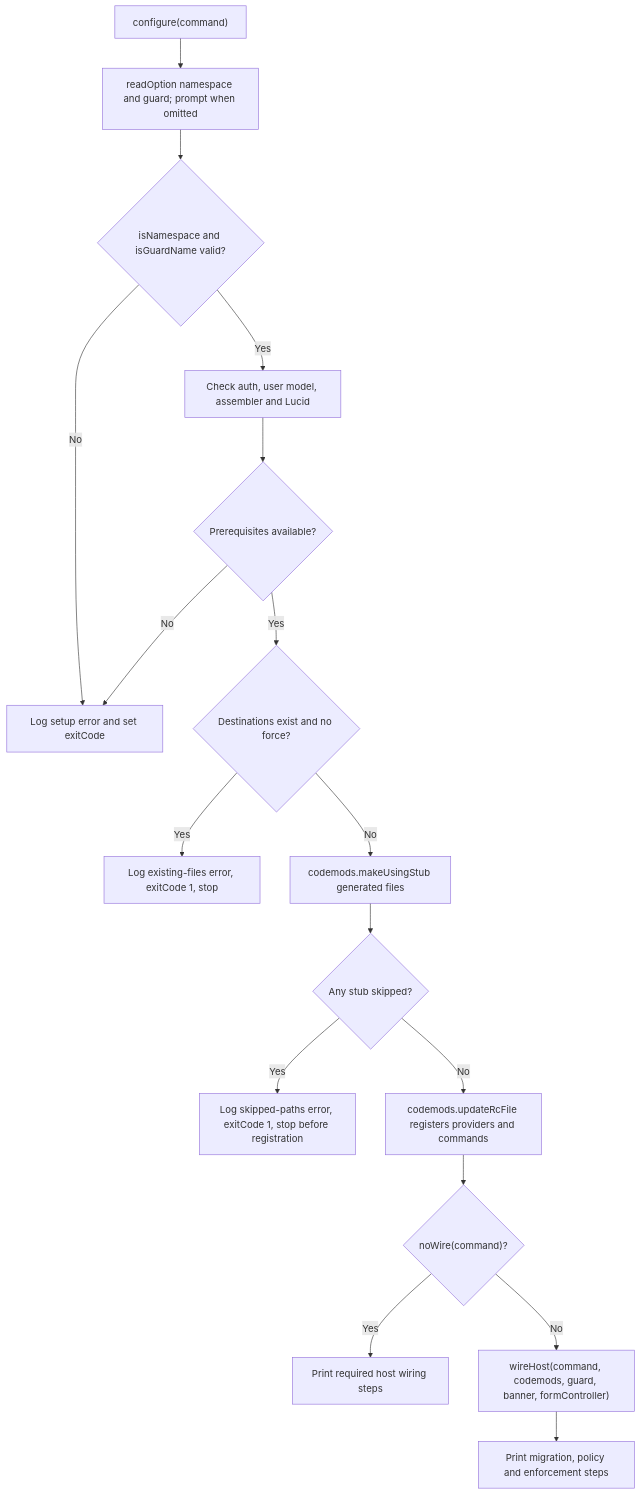
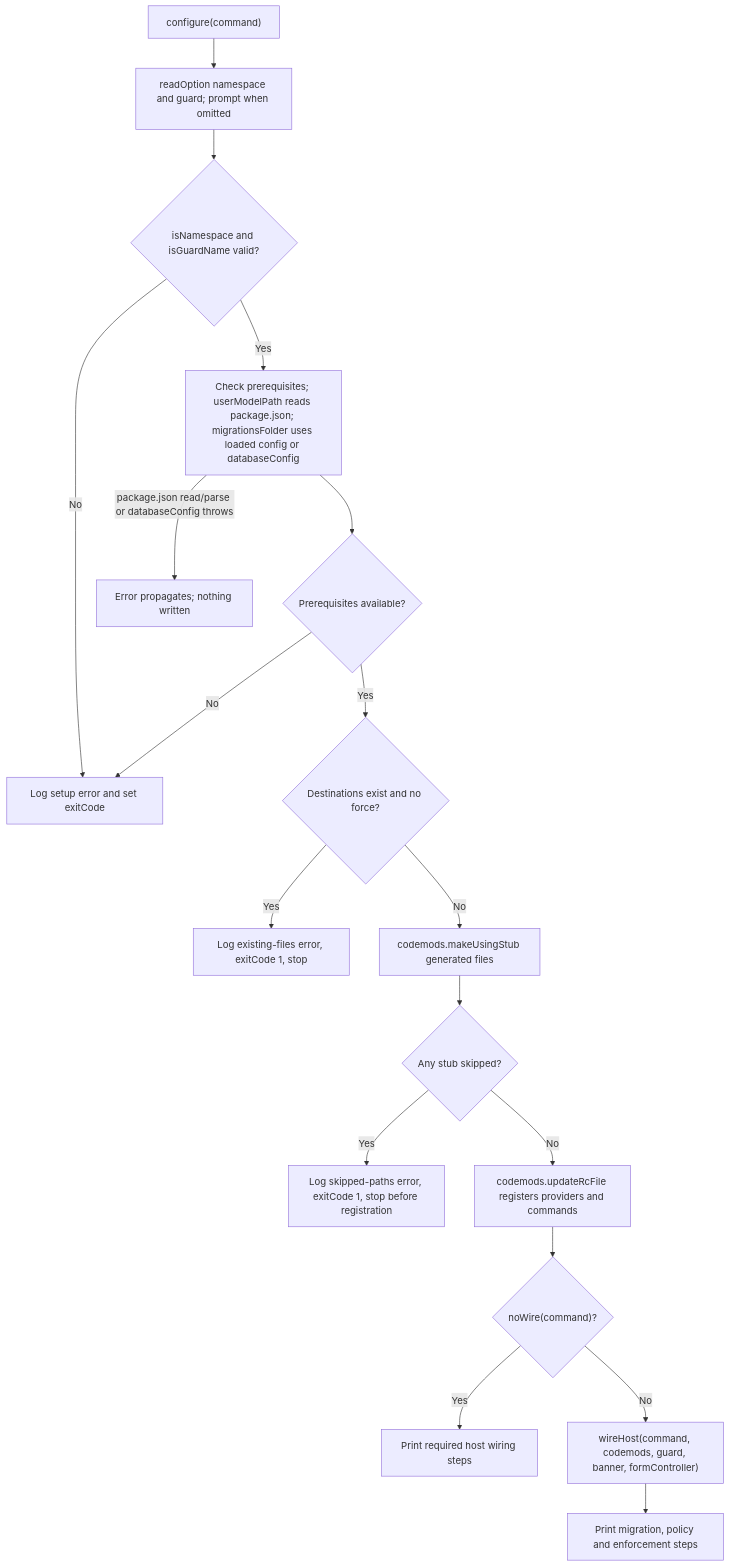
Before and after one commit to Kevinjohn/oss-adonisjs-masquerade: the second of 2 diagrams in user-stories/configure-masquerade/us-setup-01-configure-masquerade.md, drawn with Mermaid. The commit also changed other lines of this file, not shown here.

First line of the commit message:
documentation: record configure's package.json and database config failures

````diff
--- a/user-stories/configure-masquerade/us-setup-01-configure-masquerade.md
+++ b/user-stories/configure-masquerade/us-setup-01-configure-masquerade.md
@@ -48,19 +48,20 @@
 ```mermaid
 flowchart TD
     A["configure(command)"] --> B["readOption namespace and guard; prompt when omitted"]
     B --> N{"isNamespace and isGuardName valid?"}
     N -->|No| E["Log setup error and set exitCode"]
-    N -->|Yes| C["Check auth, user model, assembler and Lucid"]
+    N -->|Yes| C["Check prerequisites; userModelPath reads package.json; migrationsFolder uses loaded config or databaseConfig"]
+    C -->|"package.json read/parse or databaseConfig throws"| R["Error propagates; nothing written"]
     C --> D{"Prerequisites available?"}
     D -->|No| E
     D -->|Yes| X{"Destinations exist and no force?"}
     X -->|Yes| Y["Log existing-files error, exitCode 1, stop"]
     X -->|No| F["codemods.makeUsingStub generated files"]
     F --> Z{"Any stub skipped?"}
     Z -->|Yes| Y2["Log skipped-paths error, exitCode 1, stop before registration"]
     Z -->|No| G["codemods.updateRcFile registers providers and commands"]
     G --> H{"noWire(command)?"}
     H -->|Yes| I["Print required host wiring steps"]
     H -->|No| J["wireHost(command, codemods, guard, banner, formController)"]
     J --> K["Print migration, policy and enforcement steps"]
 ```
````
